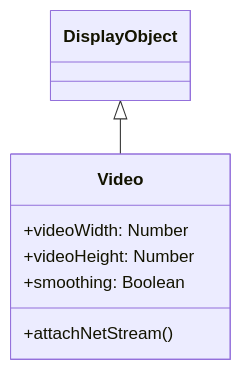
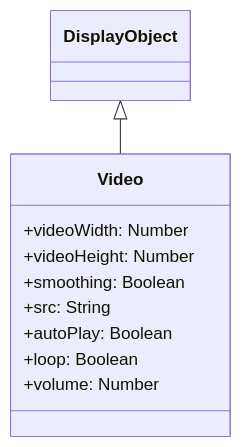
One commit to Next2D/player changed the diagram in specs/en/video.md. Above: the diagram before and after it, drawn with Mermaid. The commit also changed other lines of this file and 27 other files, not shown here.

````diff
--- a/specs/en/video.md
+++ b/specs/en/video.md
@@ -7,11 +7,14 @@
 ```mermaid
 classDiagram
     DisplayObject <|-- Video
 
     class Video {
         +videoWidth: Number
         +videoHeight: Number
         +smoothing: Boolean
-        +attachNetStream()
+        +src: String
+        +autoPlay: Boolean
+        +loop: Boolean
+        +volume: Number
     }
 ```
````
